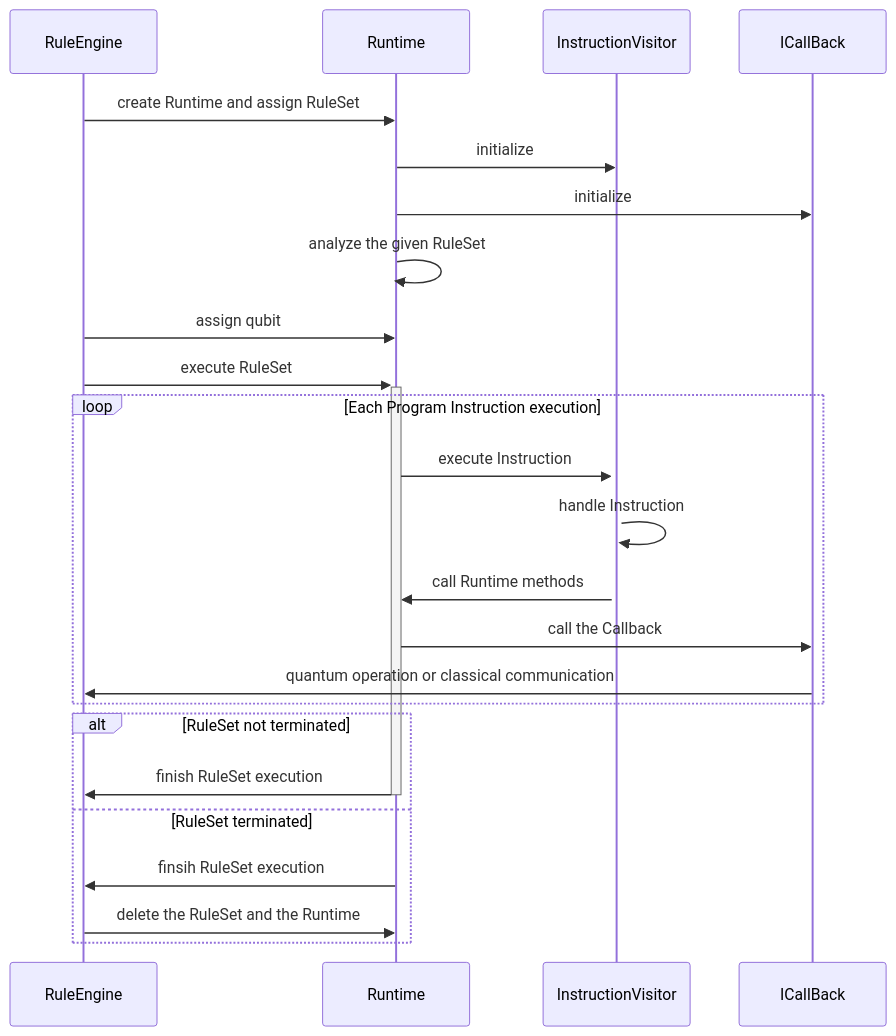
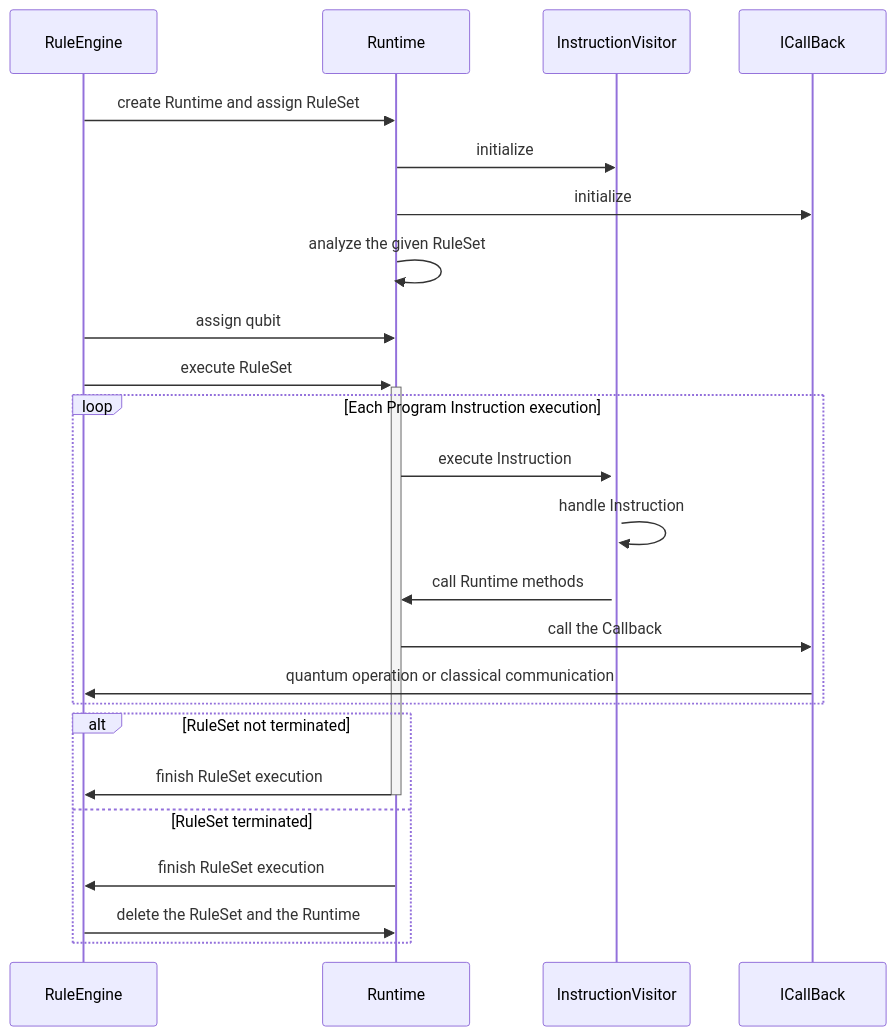
Before and after one commit to sfc-aqua/quisp: the diagram in quisp/runtime/README.md, drawn with Mermaid. The commit also changed other lines of this file and 1 other file, not shown here.

Commit message:
[runtime]: fix typos

```diff
--- a/quisp/runtime/README.md
+++ b/quisp/runtime/README.md
@@ -95,27 +95,27 @@
 <div class="mermaid">
    sequenceDiagram
         participant RE as RuleEngine
         participant RT as Runtime
         participant IV as InstructionVisitor
         participant CB as ICallBack
 
         RE->>RT: create Runtime and assign RuleSet
         RT->>IV: initialize
         RT->> CB: initialize
         RT->>RT: analyze the given RuleSet
         RE->>RT: assign qubit
         RE->>+RT: execute RuleSet
         loop Each Program Instruction execution
             RT->>+IV: execute Instruction
             IV->>IV: handle Instruction
             IV->>RT: call Runtime methods
             RT->>CB: call the Callback
             CB->>RE: quantum operation or classical communication
         end
         alt RuleSet not terminated
             RT->>-RE: finish RuleSet execution
         else RuleSet terminated
-            RT->>RE: finsih RuleSet execution
+            RT->>RE: finish RuleSet execution
             RE->>RT: delete the RuleSet and the Runtime
         end
 </div>
```
